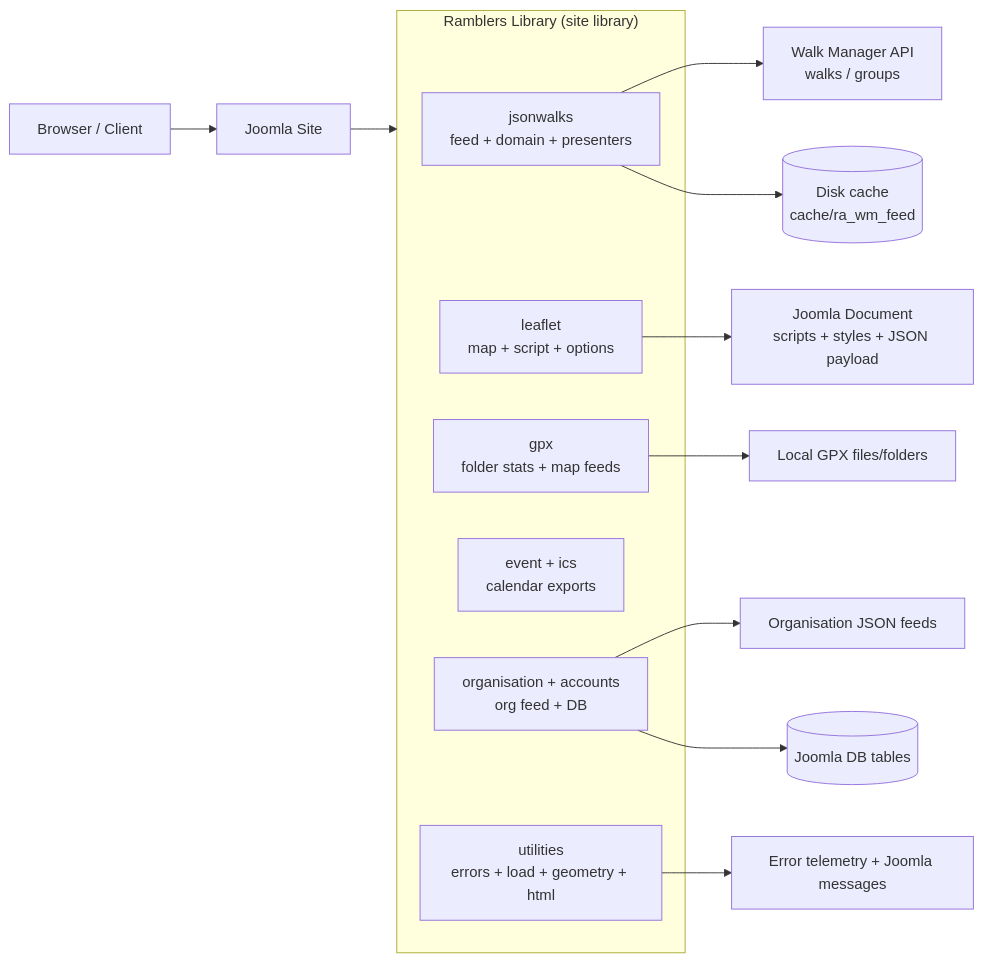
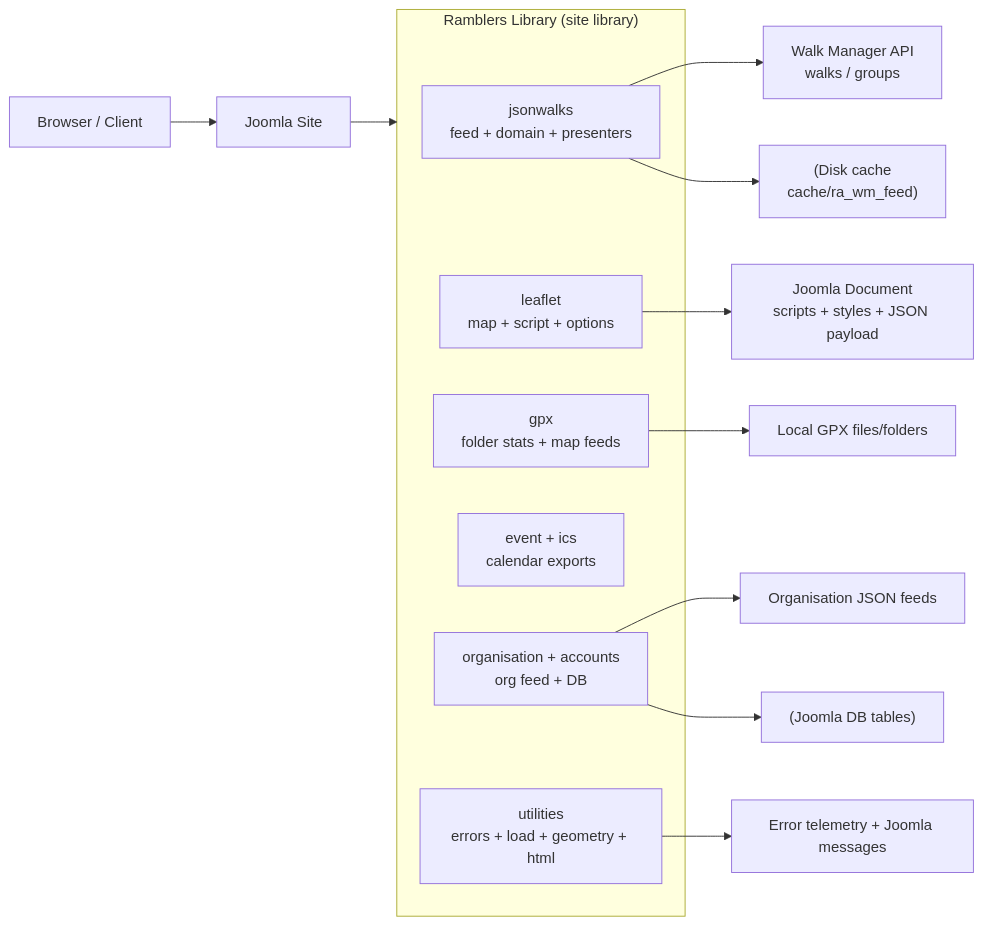
One commit to pauljrhodes/ramblers-library changed the third of 15 diagrams in architecture.md. Above: the diagram before and after it, drawn with Mermaid. The commit also changed other lines of this file and 33 other files, not shown here.

Commit message:
Normalize Mermaid diagrams for GitHub rendering

````diff
--- a/architecture.md
+++ b/architecture.md
@@ -321,23 +321,23 @@
 ```mermaid
 flowchart LR
-  Client[Browser / Client] --> Joomla[Joomla Site]
+  Client["Browser / Client"] --> Joomla[Joomla Site]
 
   subgraph RL["Ramblers Library (site library)"]
-    JW[jsonwalks\nfeed + domain + presenters]
-    LF[leaflet\nmap + script + options]
-    GPX[gpx\nfolder stats + map feeds]
-    EV[event + ics\ncalendar exports]
-    ORG[organisation + accounts\norg feed + DB]
-    UTIL[utilities\nerrors + load + geometry + html]
+    JW["jsonwalks\nfeed + domain + presenters"]
+    LF["leaflet\nmap + script + options"]
+    GPX["gpx\nfolder stats + map feeds"]
+    EV["event + ics\ncalendar exports"]
+    ORG["organisation + accounts\norg feed + DB"]
+    UTIL["utilities\nerrors + load + geometry + html"]
   end
 
   Joomla --> RL
 
-  JW --> WMAPI[Walk Manager API\nwalks / groups]
+  JW --> WMAPI["Walk Manager API\nwalks / groups"]
   ORG --> ORGFEED[Organisation JSON feeds]
-  JW --> Cache[(Disk cache\ncache/ra_wm_feed)]
-  GPX --> GPXFS[Local GPX files/folders]
-  ORG --> DB[(Joomla DB tables)]
-  LF --> JoomlaDoc[Joomla Document\nscripts + styles + JSON payload]
+  JW --> Cache["(Disk cache\ncache/ra_wm_feed)"]
+  GPX --> GPXFS["Local GPX files/folders"]
+  ORG --> DB["(Joomla DB tables)"]
+  LF --> JoomlaDoc["Joomla Document\nscripts + styles + JSON payload"]
   UTIL --> Log[Error telemetry + Joomla messages]
 ```
````
